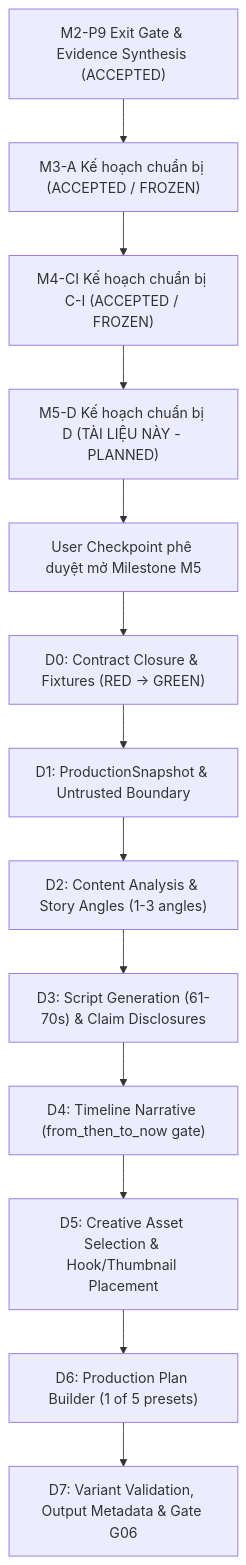
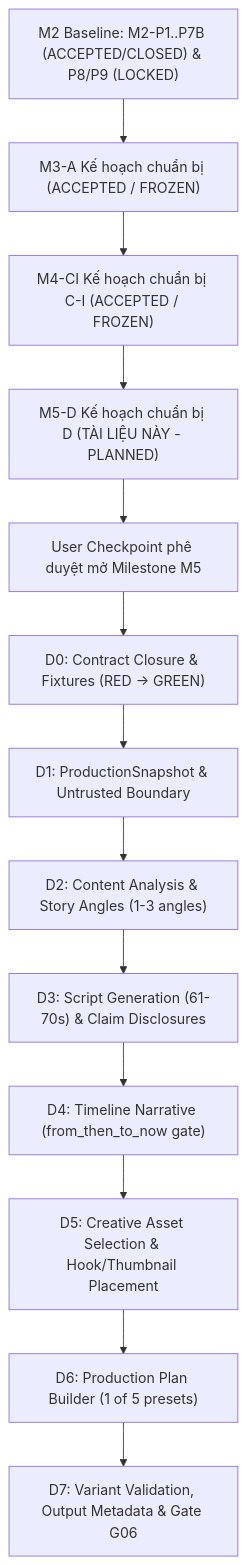
Before and after one commit to trungqwe/AI-Auto-Video-Creator: the diagram in docs/parallel-delivery/M5-D-execution-package.md, drawn with Mermaid. The commit also changed other lines of this file, not shown here.

Commit message:
fix(parallel-delivery): align M5-D DAG dependencies and preconditions with locked M2-P8/P9 authority

````diff
--- a/docs/parallel-delivery/M5-D-execution-package.md
+++ b/docs/parallel-delivery/M5-D-execution-package.md
@@ -43,15 +43,15 @@
 ```mermaid
 graph TD
-    M2P9["M2-P9 Exit Gate & Evidence Synthesis (ACCEPTED)"] --> M3A["M3-A Kế hoạch chuẩn bị (ACCEPTED / FROZEN)"]
+    M2_BASELINE["M2 Baseline: M2-P1..P7B (ACCEPTED/CLOSED) & P8/P9 (LOCKED)"] --> M3A["M3-A Kế hoạch chuẩn bị (ACCEPTED / FROZEN)"]
     M3A --> M4CI["M4-CI Kế hoạch chuẩn bị C-I (ACCEPTED / FROZEN)"]
     M4CI --> M5D_PREP["M5-D Kế hoạch chuẩn bị D (TÀI LIỆU NÀY - PLANNED)"]
     M5D_PREP --> USER_CKPT["User Checkpoint phê duyệt mở Milestone M5"]
     USER_CKPT --> D0["D0: Contract Closure & Fixtures (RED -> GREEN)"]
     D0 --> D1["D1: ProductionSnapshot & Untrusted Boundary"]
     D1 --> D2["D2: Content Analysis & Story Angles (1-3 angles)"]
     D2 --> D3["D3: Script Generation (61-70s) & Claim Disclosures"]
     D3 --> D4["D4: Timeline Narrative (from_then_to_now gate)"]
     D4 --> D5["D5: Creative Asset Selection & Hook/Thumbnail Placement"]
     D5 --> D6["D6: Production Plan Builder (1 of 5 presets)"]
     D6 --> D7["D7: Variant Validation, Output Metadata & Gate G06"]
 ```
````
